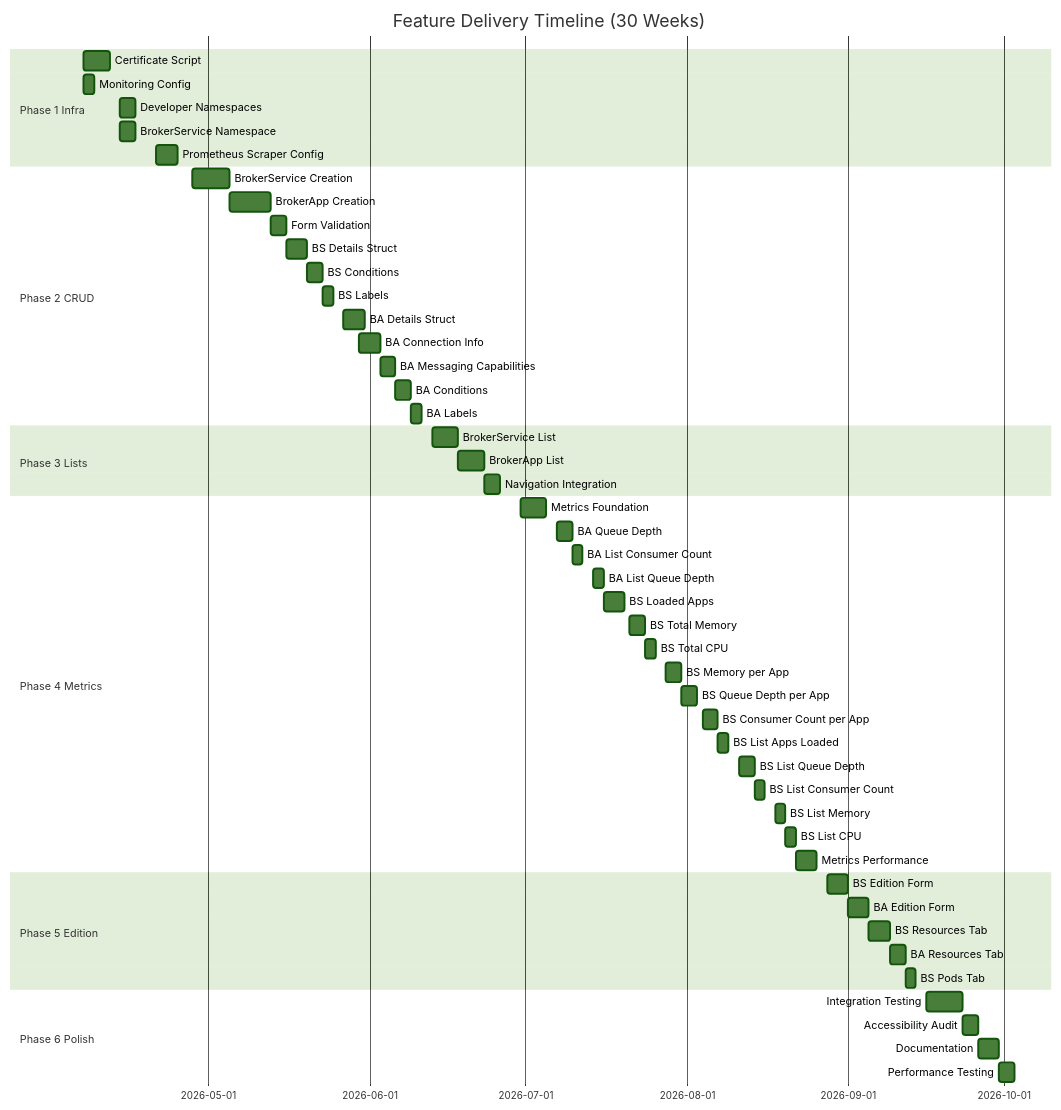
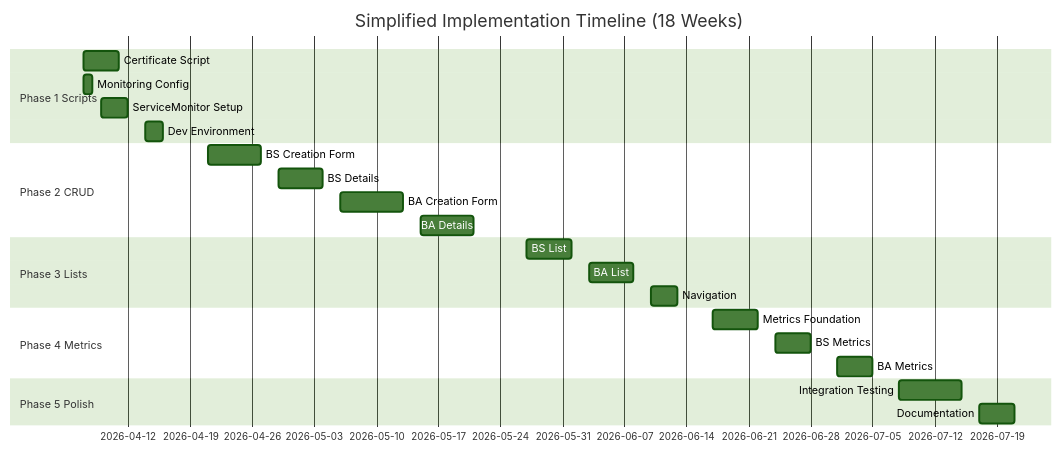
Before and after one commit to lavocatt/wireframe: the diagram in openshift-ui/ROADMAP.md, drawn with Mermaid (forest theme). The commit also changed other lines of this file and 5 other files, not shown here.

````diff
--- a/openshift-ui/ROADMAP.md
+++ b/openshift-ui/ROADMAP.md
@@ -190,61 +598,31 @@
 ```mermaid
 gantt
-    title Feature Delivery Timeline (30 Weeks)
+    title Simplified Implementation Timeline (18 Weeks)
     dateFormat YYYY-MM-DD
 
-    section Phase 1 Infra
-    Certificate Script           :p1_1, 2026-04-07, 5d
-    Monitoring Config            :p1_2, 2026-04-07, 2d
-    Developer Namespaces         :p1_3, 2026-04-14, 3d
-    BrokerService Namespace      :p1_4, 2026-04-14, 3d
-    Prometheus Scraper Config    :p1_5, 2026-04-21, 4d
+    section Phase 1 Scripts
+    Certificate Script       :p1_1, 2026-04-07, 4d
+    Monitoring Config        :p1_2, 2026-04-07, 1d
+    ServiceMonitor Setup     :p1_3, 2026-04-09, 3d
+    Dev Environment          :p1_4, 2026-04-14, 2d
 
     section Phase 2 CRUD
-    BrokerService Creation       :p2_1, 2026-04-28, 7d
-    BrokerApp Creation           :p2_2, 2026-05-05, 8d
-    Form Validation              :p2_3, 2026-05-13, 3d
-    BS Details Struct            :p2_4, 2026-05-16, 4d
-    BS Conditions                :p2_5, 2026-05-20, 3d
-    BS Labels                    :p2_6, 2026-05-23, 2d
-    BA Details Struct            :p2_7, 2026-05-27, 4d
-    BA Connection Info           :p2_8, 2026-05-30, 4d
-    BA Messaging Capabilities    :p2_9, 2026-06-03, 3d
-    BA Conditions                :p2_10, 2026-06-06, 3d
-    BA Labels                    :p2_11, 2026-06-09, 2d
+    BS Creation Form         :p2_1, 2026-04-21, 6d
+    BS Details               :p2_2, 2026-04-29, 5d
+    BA Creation Form         :p2_3, 2026-05-06, 7d
+    BA Details               :p2_4, 2026-05-15, 6d
 
     section Phase 3 Lists
-    BrokerService List           :p3_1, 2026-06-13, 5d
-    BrokerApp List               :p3_2, 2026-06-18, 5d
-    Navigation Integration       :p3_3, 2026-06-23, 3d
+    BS List                  :p3_1, 2026-05-27, 5d
+    BA List                  :p3_2, 2026-06-03, 5d
+    Navigation               :p3_3, 2026-06-10, 3d
 
     section Phase 4 Metrics
-    Metrics Foundation           :p4_1, 2026-06-30, 5d
-    BA Queue Depth               :p4_2, 2026-07-07, 3d
-    BA List Consumer Count       :p4_3, 2026-07-10, 2d
-    BA List Queue Depth          :p4_4, 2026-07-14, 2d
-    BS Loaded Apps               :p4_5, 2026-07-16, 4d
-    BS Total Memory              :p4_6, 2026-07-21, 3d
-    BS Total CPU                 :p4_7, 2026-07-24, 2d
-    BS Memory per App            :p4_8, 2026-07-28, 3d
-    BS Queue Depth per App       :p4_9, 2026-07-31, 3d
-    BS Consumer Count per App    :p4_10, 2026-08-04, 3d
-    BS List Apps Loaded          :p4_11, 2026-08-07, 2d
-    BS List Queue Depth          :p4_12, 2026-08-11, 3d
-    BS List Consumer Count       :p4_13, 2026-08-14, 2d
-    BS List Memory               :p4_14, 2026-08-18, 2d
-    BS List CPU                  :p4_15, 2026-08-20, 2d
-    Metrics Performance          :p4_16, 2026-08-22, 4d
+    Metrics Foundation       :p4_1, 2026-06-17, 5d
+    BS Metrics               :p4_2, 2026-06-24, 4d
+    BA Metrics               :p4_3, 2026-07-01, 4d
 
-    section Phase 5 Edition
-    BS Edition Form              :p5_1, 2026-08-28, 4d
-    BA Edition Form              :p5_2, 2026-09-01, 4d
-    BS Resources Tab             :p5_3, 2026-09-05, 4d
-    BA Resources Tab             :p5_4, 2026-09-09, 3d
-    BS Pods Tab                  :p5_5, 2026-09-12, 2d
-
-    section Phase 6 Polish
-    Integration Testing          :p6_1, 2026-09-16, 7d
-    Accessibility Audit          :p6_2, 2026-09-23, 3d
-    Documentation                :p6_3, 2026-09-26, 4d
-    Performance Testing          :p6_4, 2026-09-30, 3d
+    section Phase 5 Polish
+    Integration Testing      :p5_1, 2026-07-08, 7d
+    Documentation            :p5_2, 2026-07-17, 4d
 ```
````
